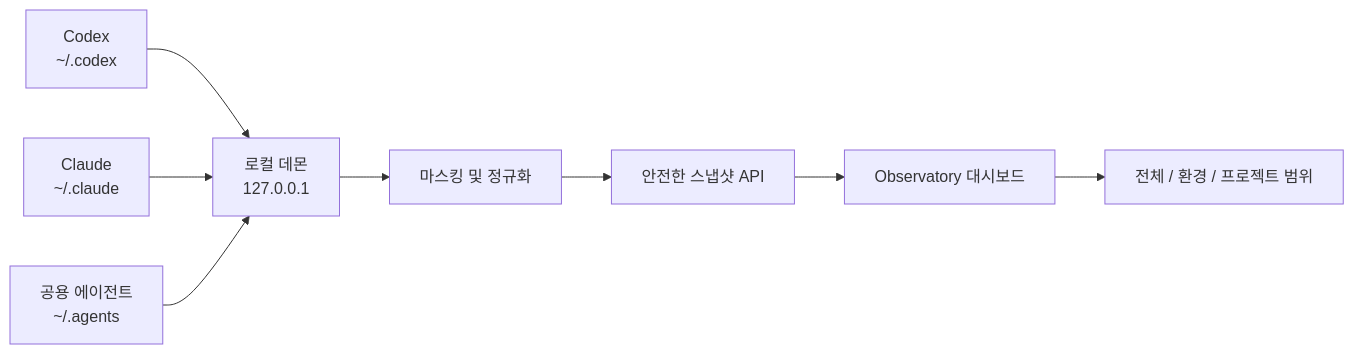
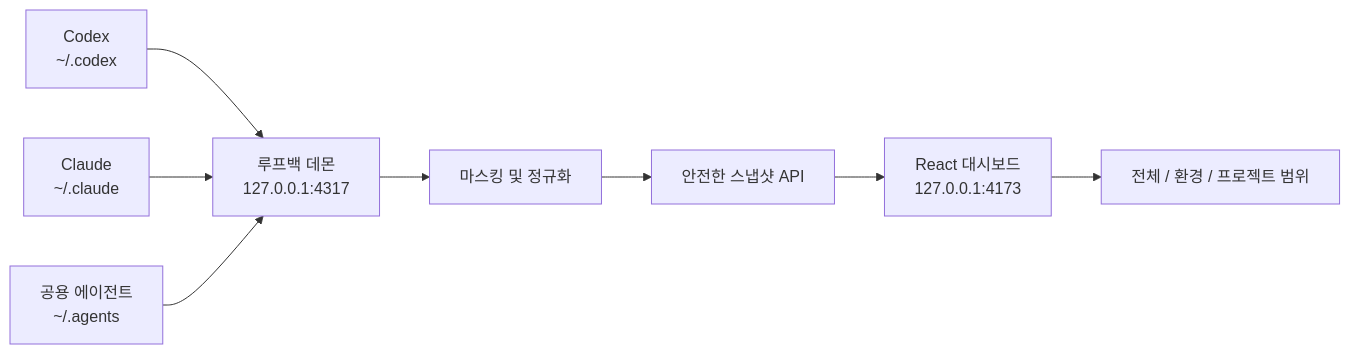
One commit to J3vn0/Agent-Observatory changed the second of 2 diagrams in README.ko.md. Above: the diagram before and after it, drawn with Mermaid. The commit also changed other lines of this file and 2 other files, not shown here.

Commit message:
docs: refresh Agent Observatory readmes

```diff
--- a/README.ko.md
+++ b/README.ko.md
@@ -63,10 +95,10 @@
 ~~~mermaid
 flowchart LR
-  C["Codex<br/>~/.codex"] --> D["로컬 데몬<br/>127.0.0.1"]
+  C["Codex<br/>~/.codex"] --> D["루프백 데몬<br/>127.0.0.1:4317"]
   L["Claude<br/>~/.claude"] --> D
   A["공용 에이전트<br/>~/.agents"] --> D
   D --> R["마스킹 및 정규화"]
   R --> S["안전한 스냅샷 API"]
-  S --> W["Observatory 대시보드"]
-  W --> P["전체 / 환경 / 프로젝트 범위"]
+  S --> W["React 대시보드<br/>127.0.0.1:4173"]
+  W --> Q["전체 / 환경 / 프로젝트 범위"]
 ~~~
```
